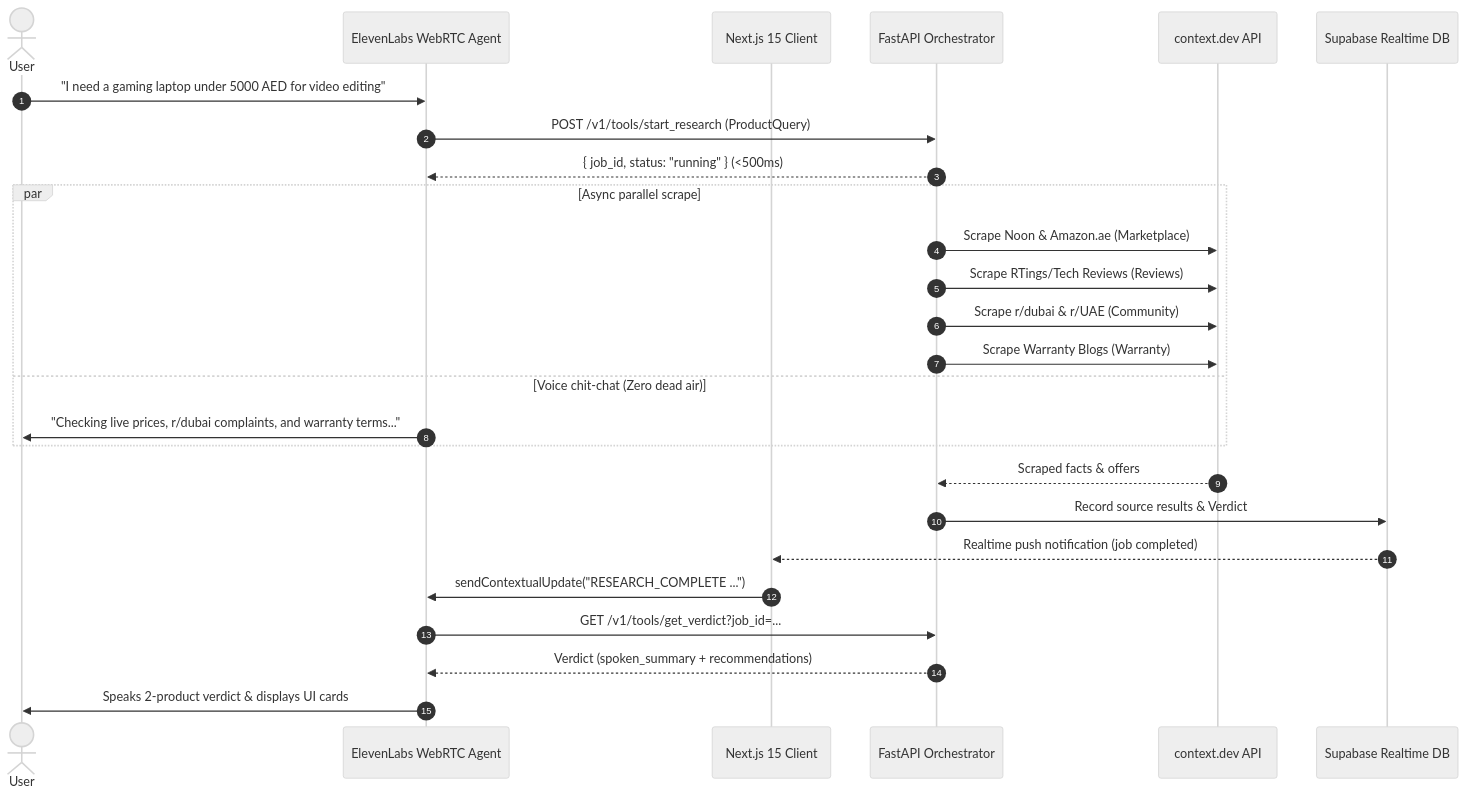
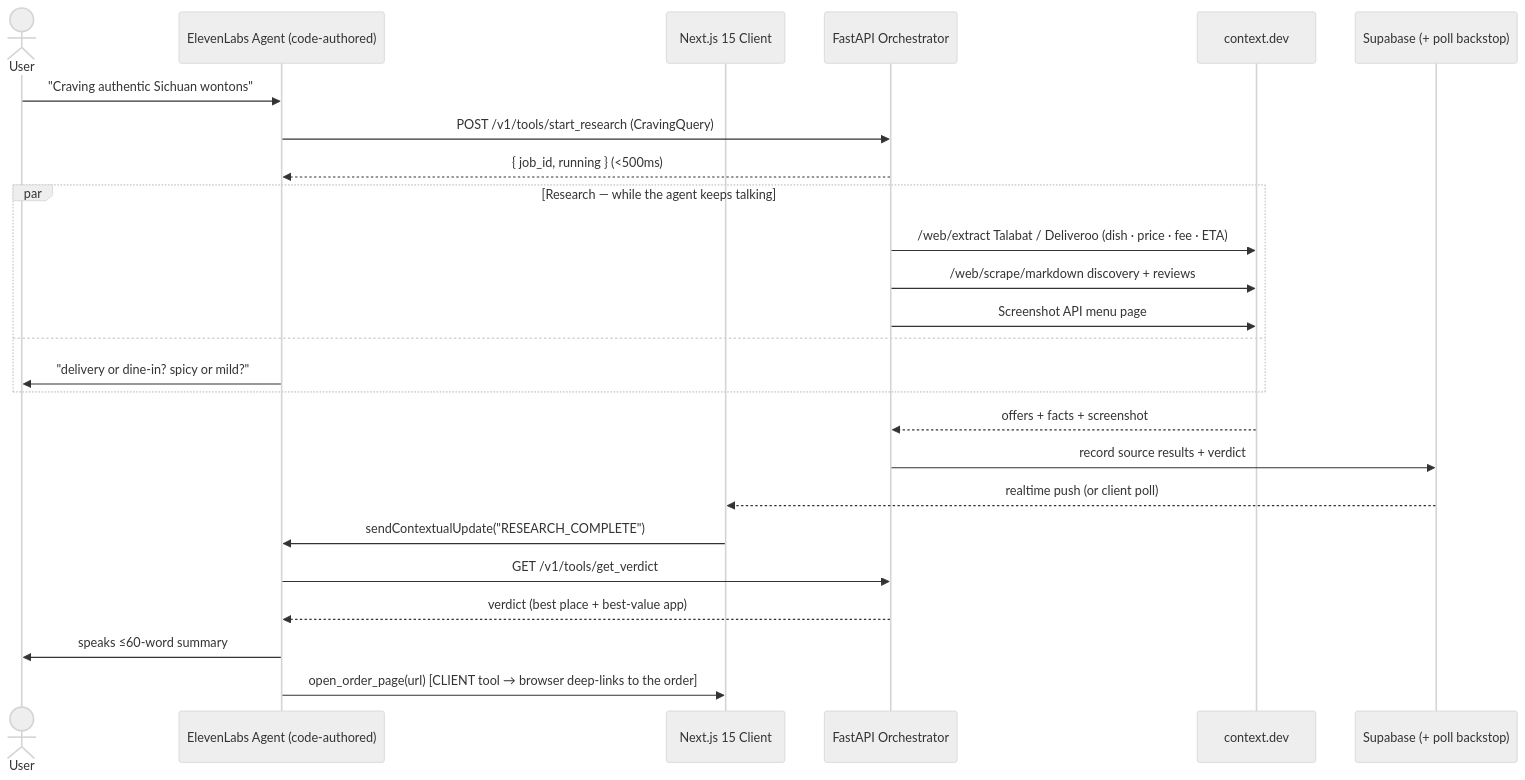
The diagram in docs/ARCHITECTURE.md (manav2701/Hack-Build-2), drawn with Mermaid (neutral theme) before and after one commit. The commit also changed other lines of this file and 10 other files, not shown here.

First line of the commit message:
feat: live context.dev extraction + food pivot plan

````diff
--- a/docs/ARCHITECTURE.md
+++ b/docs/ARCHITECTURE.md
@@ -5,31 +7,28 @@
 ```mermaid
 sequenceDiagram
-    autonumber
     actor User
-    participant Agent as ElevenLabs WebRTC Agent
+    participant Agent as ElevenLabs Agent (code-authored)
     participant Web as Next.js 15 Client
     participant API as FastAPI Orchestrator
-    participant Context as context.dev API
-    participant DB as Supabase Realtime DB
+    participant Ctx as context.dev
+    participant DB as Supabase (+ poll backstop)
 
-    User->>Agent: "I need a gaming laptop under 5000 AED for video editing"
-    Agent->>API: POST /v1/tools/start_research (ProductQuery)
-    API-->>Agent: { job_id, status: "running" } (<500ms)
-    
-    par Async parallel scrape
-        API->>Context: Scrape Noon & Amazon.ae (Marketplace)
-        API->>Context: Scrape RTings/Tech Reviews (Reviews)
-        API->>Context: Scrape r/dubai & r/UAE (Community)
-        API->>Context: Scrape Warranty Blogs (Warranty)
-    and Voice chit-chat (Zero dead air)
-        Agent->>User: "Checking live prices, r/dubai complaints, and warranty terms..."
+    User->>Agent: "Craving authentic Sichuan wontons"
+    Agent->>API: POST /v1/tools/start_research (CravingQuery)
+    API-->>Agent: { job_id, running } (<500ms)
+    par Research — while the agent keeps talking
+        API->>Ctx: /web/extract  Talabat / Deliveroo (dish · price · fee · ETA)
+        API->>Ctx: /web/scrape/markdown  discovery + reviews
+        API->>Ctx: Screenshot API  menu page
+    and
+        Agent->>User: "delivery or dine-in? spicy or mild?"
     end
-
-    Context-->>API: Scraped facts & offers
-    API->>DB: Record source results & Verdict
-    DB-->>Web: Realtime push notification (job completed)
-    Web->>Agent: sendContextualUpdate("RESEARCH_COMPLETE ...")
-    Agent->>API: GET /v1/tools/get_verdict?job_id=...
-    API-->>Agent: Verdict (spoken_summary + recommendations)
-    Agent->>User: Speaks 2-product verdict & displays UI cards
+    Ctx-->>API: offers + facts + screenshot
+    API->>DB: record source results + verdict
+    DB-->>Web: realtime push (or client poll)
+    Web->>Agent: sendContextualUpdate("RESEARCH_COMPLETE")
+    Agent->>API: GET /v1/tools/get_verdict
+    API-->>Agent: verdict (best place + best-value app)
+    Agent->>User: speaks ≤60-word summary
+    Agent->>Web: open_order_page(url)  [CLIENT tool → browser deep-links to the order]
 ```
````
